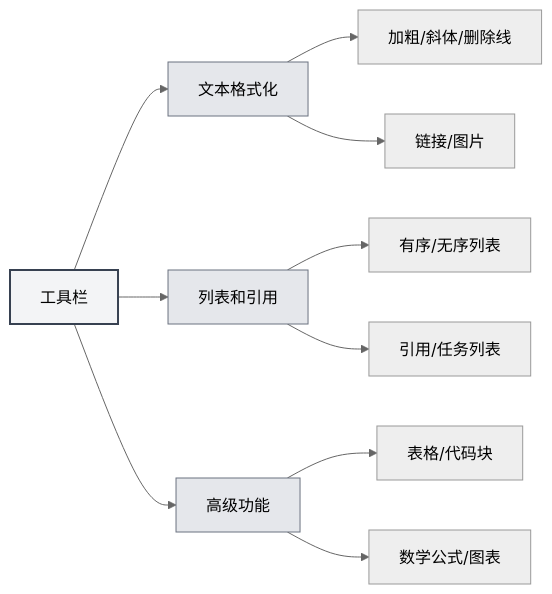
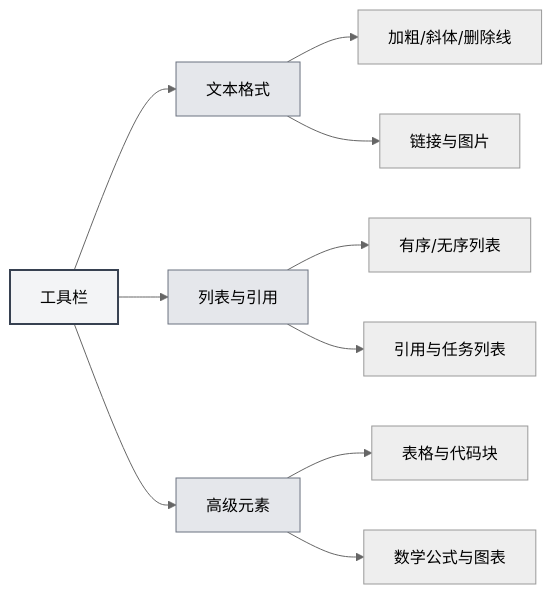
One commit to JaredYe04/MetaDoc changed the fourth of 4 diagrams in meta-doc/src/renderer/src/manuals/zh_CN/markdown/editor.md. Above: the diagram before and after it, drawn with Mermaid (neutral theme). The commit also changed other lines of this file and 1 other file, not shown here.

````diff
--- a/meta-doc/src/renderer/src/manuals/zh_CN/markdown/editor.md
+++ b/meta-doc/src/renderer/src/manuals/zh_CN/markdown/editor.md
@@ -221,16 +140,16 @@
 ```mermaid
 graph LR
-    A[工具栏] --> B[文本格式化]
-    A --> C[列表和引用]
-    A --> D[高级功能]
+    A[工具栏] --> B[文本格式]
+    A --> C[列表与引用]
+    A --> D[高级元素]
     B --> E[加粗/斜体/删除线]
-    B --> F[链接/图片]
+    B --> F[链接与图片]
     C --> G[有序/无序列表]
-    C --> H[引用/任务列表]
-    D --> I[表格/代码块]
-    D --> J[数学公式/图表]
+    C --> H[引用与任务列表]
+    D --> I[表格与代码块]
+    D --> J[数学公式与图表]
     style A fill:#f3f4f6,stroke:#374151,stroke-width:2px
     style B fill:#e5e7eb,stroke:#6b7280
     style C fill:#e5e7eb,stroke:#6b7280
     style D fill:#e5e7eb,stroke:#6b7280
 ```
````
